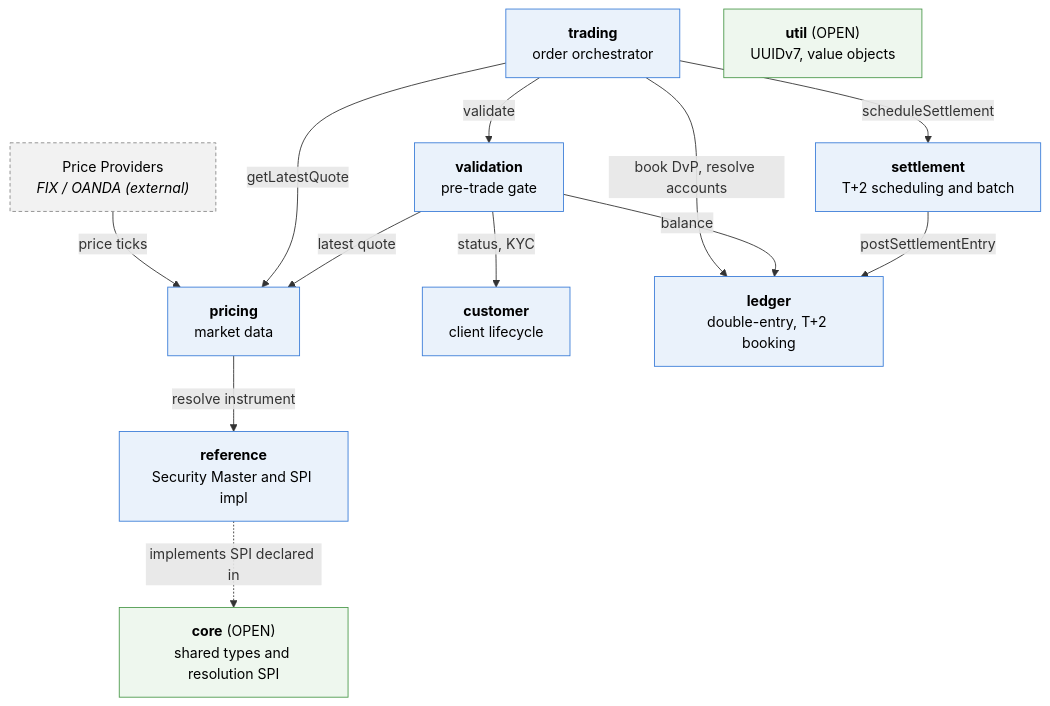
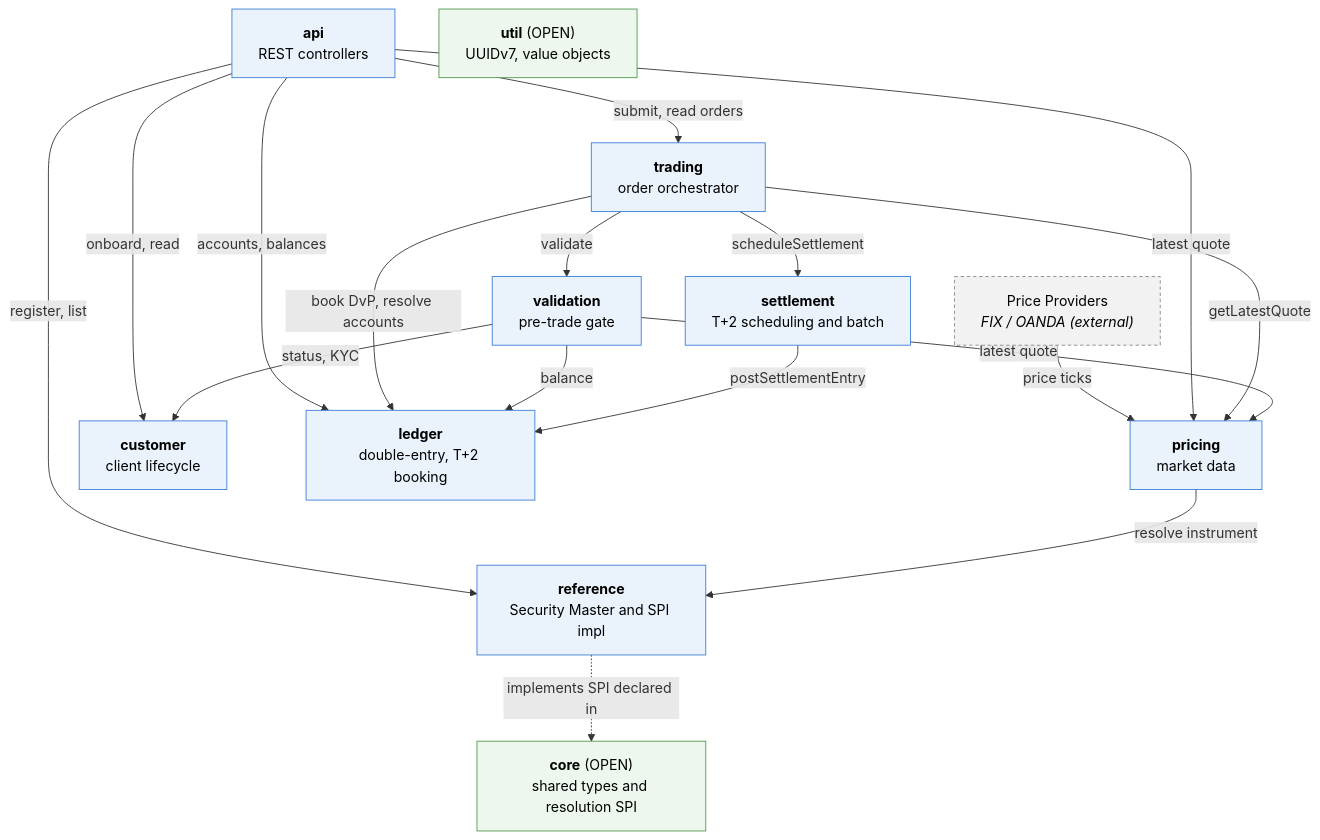
Before and after one commit to Nevaero/libra: the third of 4 diagrams in docs/ARCHITECTURE.md, drawn with Mermaid. The commit also changed other lines of this file and 1 other file, not shown here.

First line of the commit message:
docs: reflect the api module and config cache

````diff
--- a/docs/ARCHITECTURE.md
+++ b/docs/ARCHITECTURE.md
@@ -102,34 +103,41 @@
 ```mermaid
 flowchart TD
     classDef open fill:#eef7ee,stroke:#4c9a4c,color:#000;
     classDef mod fill:#eaf2fb,stroke:#3b7dd8,color:#000;
     classDef ext fill:#f2f2f2,stroke:#888,color:#000,stroke-dasharray:4 3;
 
     feeds["Price Providers<br/><i>FIX / OANDA (external)</i>"]:::ext
 
+    api["<b>api</b><br/>REST controllers"]:::mod
     trading["<b>trading</b><br/>order orchestrator"]:::mod
     validation["<b>validation</b><br/>pre-trade gate"]:::mod
     settlement["<b>settlement</b><br/>T+2 scheduling and batch"]:::mod
     pricing["<b>pricing</b><br/>market data"]:::mod
     customer["<b>customer</b><br/>client lifecycle"]:::mod
     ledger["<b>ledger</b><br/>double-entry, T+2 booking"]:::mod
     reference["<b>reference</b><br/>Security Master and SPI impl"]:::mod
     core["<b>core</b> (OPEN)<br/>shared types and resolution SPI"]:::open
     util["<b>util</b> (OPEN)<br/>UUIDv7, value objects"]:::open
 
     feeds -->|price ticks| pricing
+
+    api -->|submit, read orders| trading
+    api -->|onboard, read| customer
+    api -->|register, list| reference
+    api -->|latest quote| pricing
+    api -->|accounts, balances| ledger
 
     trading -->|validate| validation
     trading -->|getLatestQuote| pricing
     trading -->|book DvP, resolve accounts| ledger
     trading -->|scheduleSettlement| settlement
 
     validation -->|status, KYC| customer
     validation -->|latest quote| pricing
     validation -->|balance| ledger
 
     settlement -->|postSettlementEntry| ledger
     pricing -->|resolve instrument| reference
 
     reference -.->|implements SPI declared in| core
 ```
````
